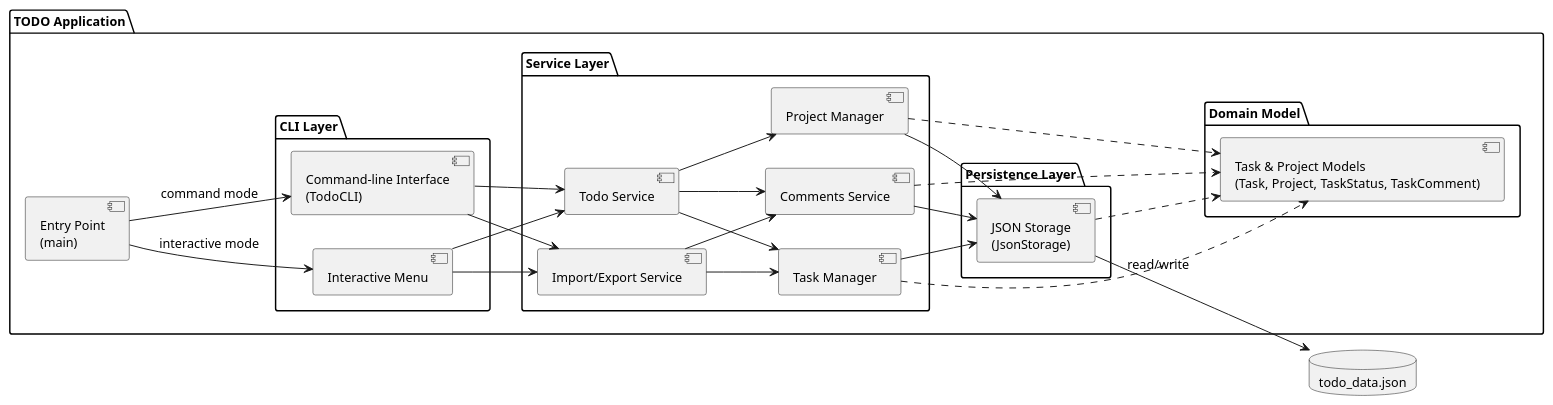
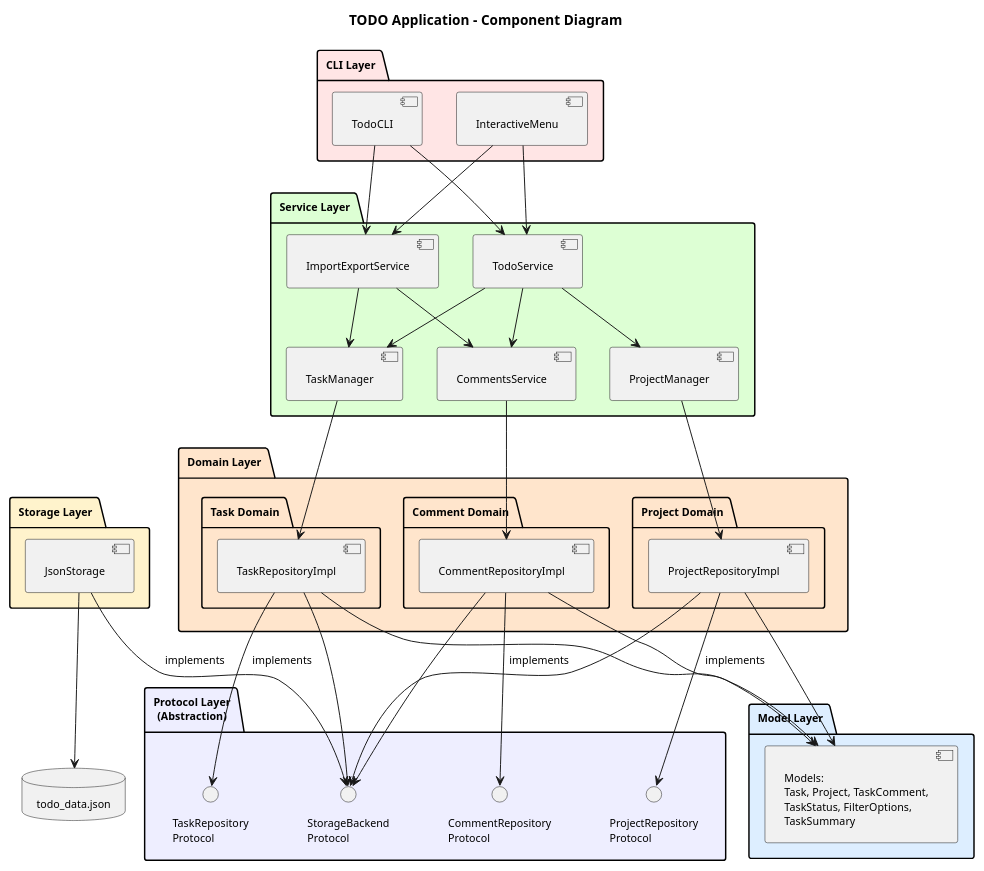
The diagram in experiments/broadcast/user_stories/TODO/artifacts/component_diagram.puml (DanielRiha8906/Software_autoevolution_using_agents), drawn with PlantUML before and after one commit. The commit also changed 26 other files, not shown here.

First line of the commit message:
task 09 | broadcast / user_stories / TODO - Layered architecture with protocol-based separation

```diff
--- a/experiments/broadcast/user_stories/TODO/artifacts/component_diagram.puml
+++ b/experiments/broadcast/user_stories/TODO/artifacts/component_diagram.puml
@@ -1,59 +1,94 @@
 @startuml component_diagram
 
+title TODO Application - Component Diagram
+
 skinparam componentStyle uml2
-skinparam defaultFontSize 13
+skinparam defaultFontSize 11
+skinparam padding 5
 
-left to right direction
+top to bottom direction
 
-package "TODO Application" {
+package "CLI Layer" #FFE5E5 {
+    component [TodoCLI] as CLI
+    component [InteractiveMenu] as Menu
+}
 
-    component "Entry Point\n(main)" as Main
+package "Service Layer" #DDFFD4 {
+    component [TodoService] as Service
+    component [TaskManager] as TManager
+    component [CommentsService] as CService
+    component [ProjectManager] as PManager
+    component [ImportExportService] as IService
+}
 
-    package "CLI Layer" {
-        component "Interactive Menu" as IM
-        component "Command-line Interface\n(TodoCLI)" as CLI
+package "Domain Layer" #FFE5CC {
+    package "Task Domain" {
+        component [TaskRepositoryImpl] as TRepo
     }
 
-    package "Service Layer" {
-        component "Todo Service" as SVC
-        component "Task Manager" as MGR
-        component "Comments Service" as CSVC
-        component "Project Manager" as PMGR
-        component "Import/Export Service" as IES
+    package "Comment Domain" {
+        component [CommentRepositoryImpl] as CRepo
     }
 
-    package "Domain Model" {
-        component "Task & Project Models\n(Task, Project, TaskStatus, TaskComment)" as Model
+    package "Project Domain" {
+        component [ProjectRepositoryImpl] as PRepo
     }
+}
 
-    package "Persistence Layer" {
-        component "JSON Storage\n(JsonStorage)" as Storage
-    }
+package "Protocol Layer\n(Abstraction)" #EEEEFF {
+    interface "TaskRepository\nProtocol" as TRepoP
+    interface "CommentRepository\nProtocol" as CRepoP
+    interface "ProjectRepository\nProtocol" as PRepoP
+    interface "StorageBackend\nProtocol" as StorageP
+}
+
+package "Storage Layer" #FFF3CC {
+    component [JsonStorage] as Storage
+}
+
+package "Model Layer" #DDEEFF {
+    component [Models:\nTask, Project, TaskComment,\nTaskStatus, FilterOptions,\nTaskSummary] as Models
 }
 
 database "todo_data.json" as DB
 
-Main --> IM : interactive mode
-Main --> CLI : command mode
+' CLI layer dependencies
+CLI --> Service
+CLI --> IService
+Menu --> Service
+Menu --> IService
 
-IM --> SVC
-IM --> IES
-CLI --> SVC
-CLI --> IES
+' Service layer dependencies
+Service --> TManager
+Service --> CService
+Service --> PManager
+IService --> TManager
+IService --> CService
 
-SVC --> MGR
-SVC --> CSVC
-SVC --> PMGR
-IES --> MGR
-IES --> CSVC
-MGR --> Storage
-CSVC --> Storage
-PMGR --> Storage
-MGR ..> Model
-CSVC ..> Model
-PMGR ..> Model
-Storage ..> Model
+' Service to Domain dependencies
+TManager --> TRepo
+CService --> CRepo
+PManager --> PRepo
 
-Storage --> DB : read/write
+' Domain implements protocols
+TRepo --> TRepoP : implements
+CRepo --> CRepoP : implements
+PRepo --> PRepoP : implements
+
+' Domain uses storage protocol
+TRepo --> StorageP
+CRepo --> StorageP
+PRepo --> StorageP
+
+' Storage implements protocol
+Storage --> StorageP : implements
+
+' Storage uses database
+Storage --> DB
+
+' Models are used everywhere
+TRepo --> Models
+CRepo --> Models
+PRepo --> Models
 
 @enduml
```
